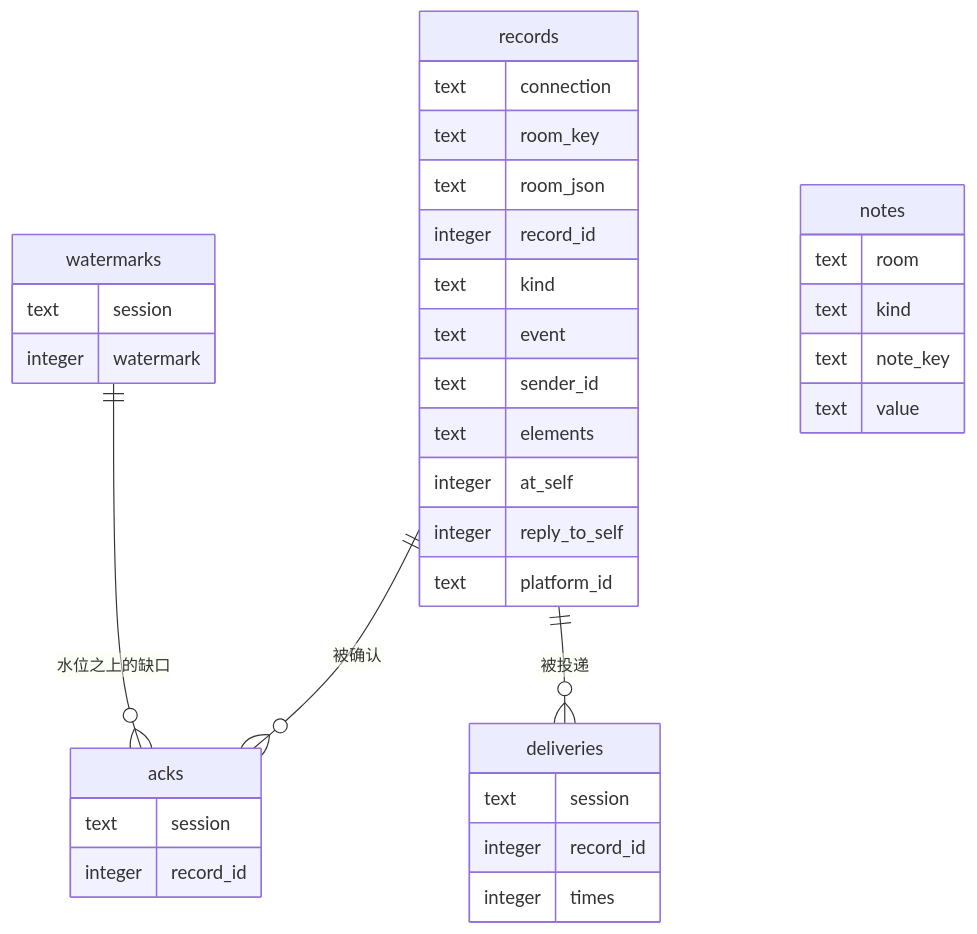
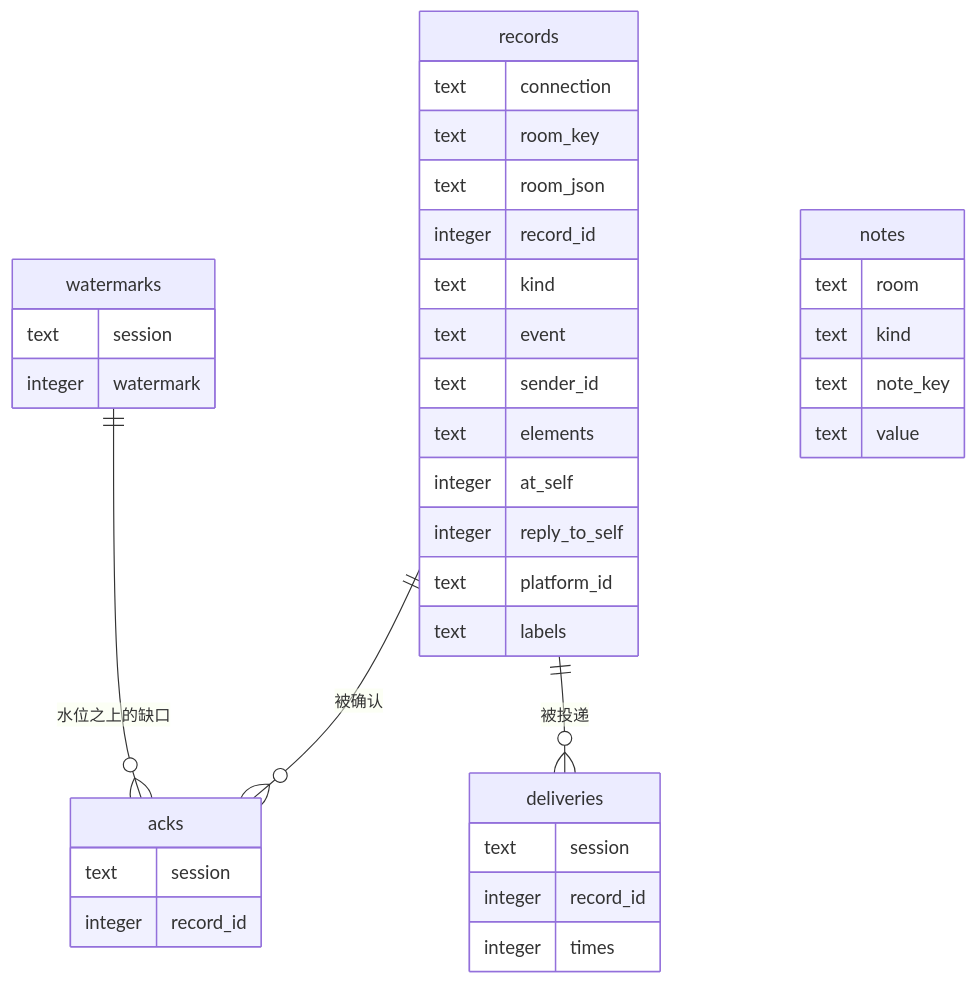
Before and after one commit to DataEraserC/qq-bridge: the diagram in docs/07-storage.md, drawn with Mermaid. The commit also changed other lines of this file and 20 other files, not shown here.

````diff
--- a/docs/07-storage.md
+++ b/docs/07-storage.md
@@ -28,38 +28,39 @@
 ```mermaid
 erDiagram
     records {
         text connection
         text room_key
         text room_json
         integer record_id
         text kind
         text event
         text sender_id
         text elements
         integer at_self
         integer reply_to_self
         text platform_id
+        text labels
     }
     watermarks {
         text session
         integer watermark
     }
     acks {
         text session
         integer record_id
     }
     deliveries {
         text session
         integer record_id
         integer times
     }
     notes {
         text room
         text kind
         text note_key
         text value
     }
     records ||--o{ acks : "被确认"
     records ||--o{ deliveries : "被投递"
     watermarks ||--o{ acks : "水位之上的缺口"
 ```
````
